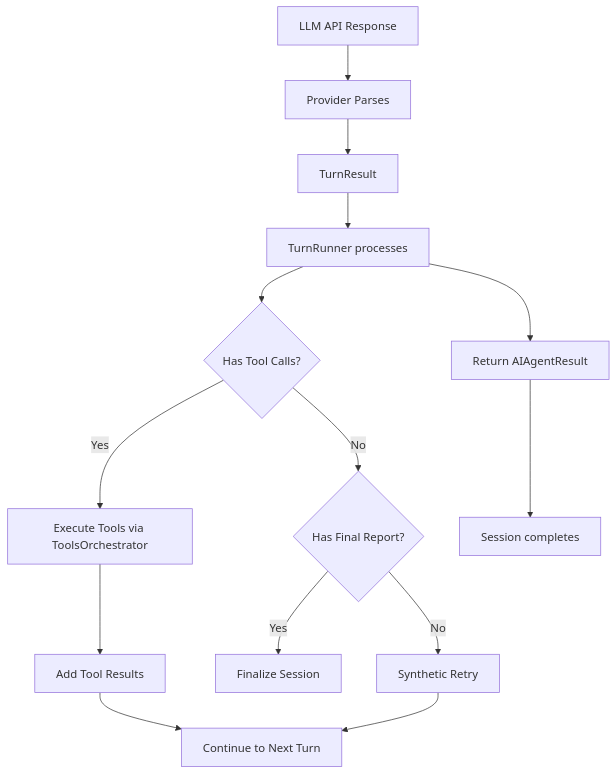
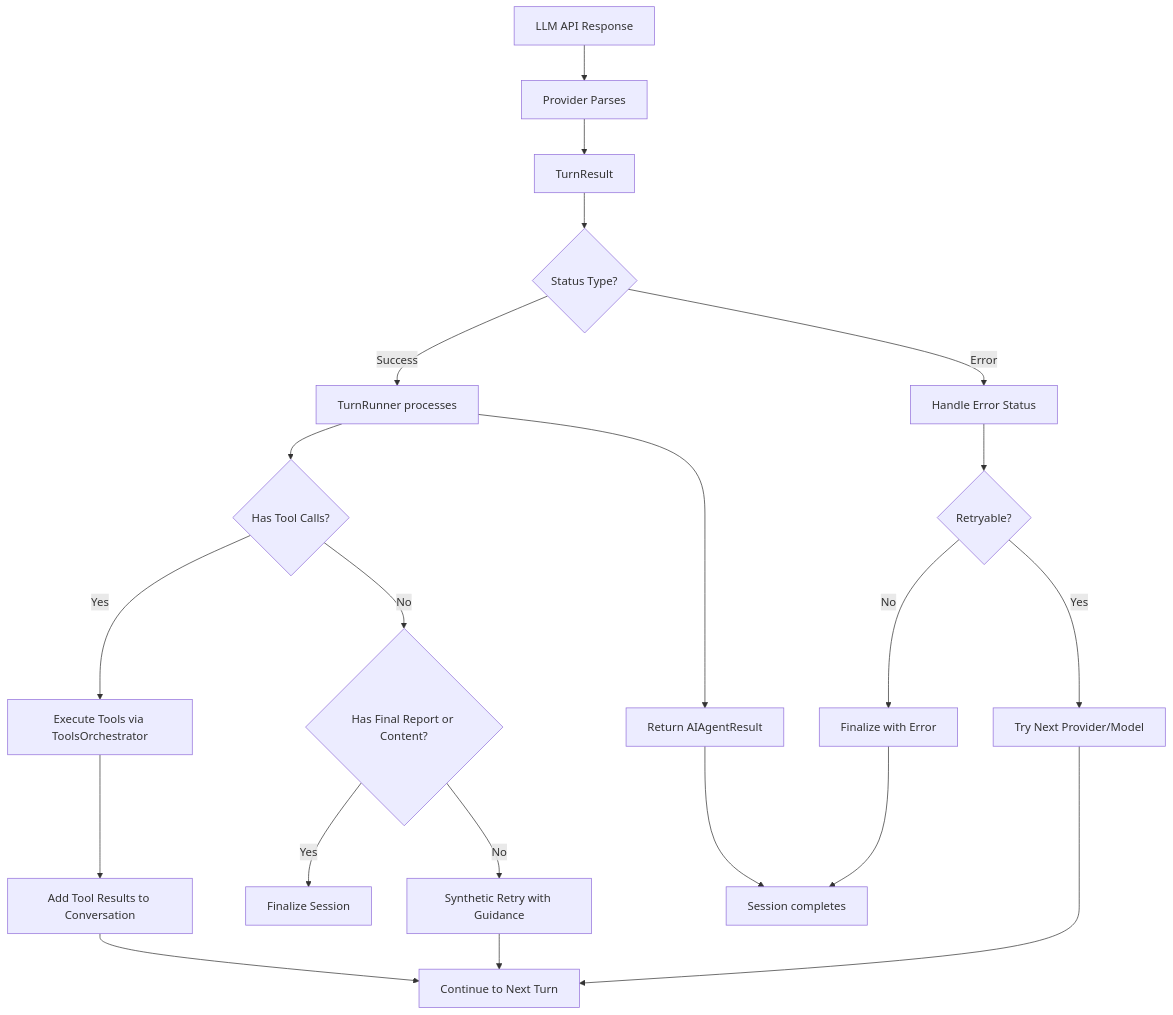
Before and after one commit to netdata/netdata: the third of 3 diagrams in docs/Technical-Specs-Architecture.md, drawn with Mermaid. The commit also changed other lines of this file and 59 other files, not shown here.

````diff
--- a/docs/Technical-Specs-Architecture.md
+++ b/docs/Technical-Specs-Architecture.md
@@ -288,19 +313,28 @@
 ```mermaid
 flowchart TD
     Response[LLM API Response] --> Parse[Provider Parses]
     Parse --> Result[TurnResult]
-    Result --> TurnRunner[TurnRunner processes]
+    Result --> Status{Status Type?}
+
+    Status -->|Success| TurnRunner[TurnRunner processes]
     TurnRunner --> Check{Has Tool Calls?}
 
     Check -->|Yes| Execute[Execute Tools via ToolsOrchestrator]
-    Execute --> AddResults[Add Tool Results]
+    Execute --> AddResults[Add Tool Results to Conversation]
     AddResults --> NextTurn[Continue to Next Turn]
 
-    Check -->|No| Final{Has Final Report?}
+    Check -->|No| Final{Has Final Report or Content?}
     Final -->|Yes| Finalize[Finalize Session]
-    Final -->|No| Retry[Synthetic Retry]
+    Final -->|No| Retry[Synthetic Retry with Guidance]
 
     Retry --> NextTurn
     TurnRunner --> FinalResult[Return AIAgentResult]
     FinalResult --> Session[Session completes]
+
+    Status -->|Error| HandleError[Handle Error Status]
+    HandleError --> RetryCheck{Retryable?}
+    RetryCheck -->|Yes| NextProvider[Try Next Provider/Model]
+    RetryCheck -->|No| FinalError[Finalize with Error]
+    NextProvider --> NextTurn
+    FinalError --> Session
 ```
````
